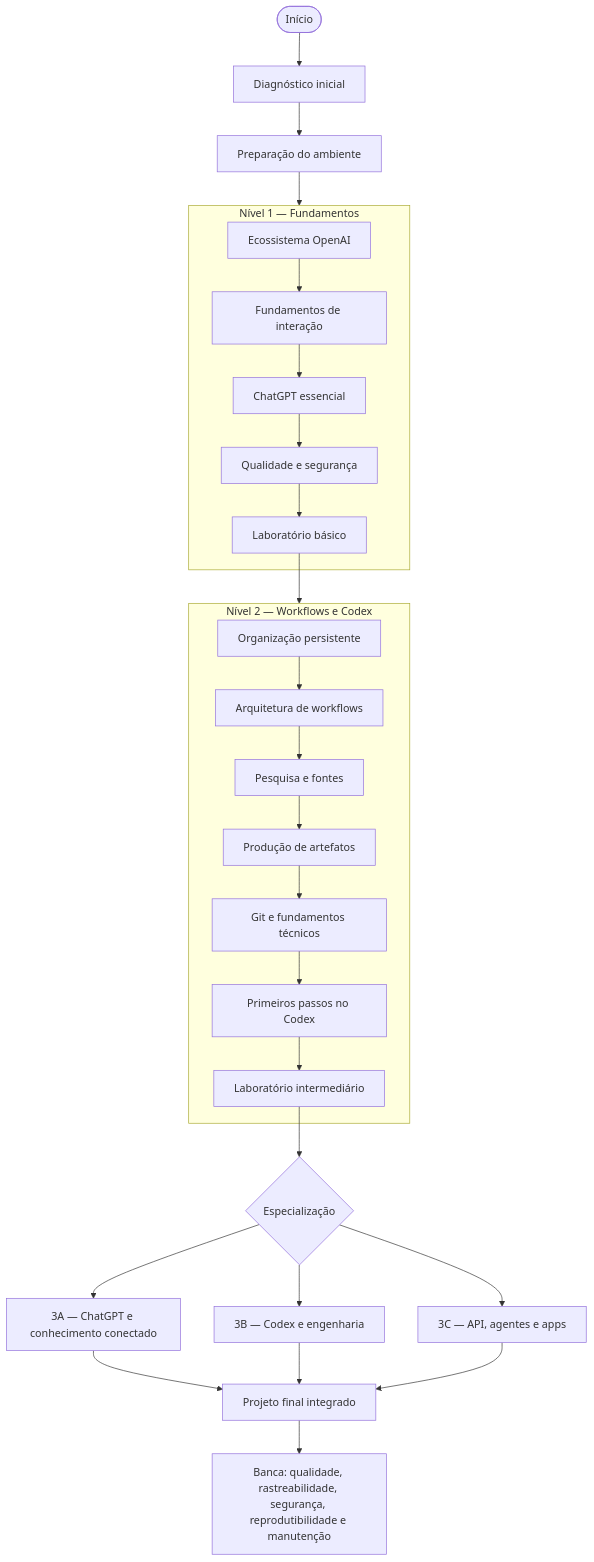
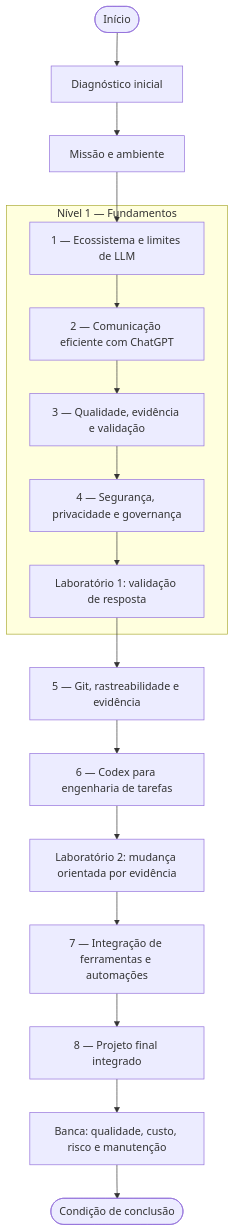
One commit to junior-aguiar-eng/ChatGPT-Codex-Do-Basico-ao-Ancado changed the diagram in docs/mapa-do-curso.mmd. Above: the diagram before and after it, drawn with Mermaid. The commit also changed 17 other files, not shown here.

First line of the commit message:
feat(curso): iniciar estrutura interativa e módulo 1

```diff
--- a/docs/mapa-do-curso.mmd
+++ b/docs/mapa-do-curso.mmd
@@ -1,32 +1,22 @@
-%% Mapa editorial resumido — escopo consolidado em 04-08-2026.
-%% Recursos variam por plano, workspace, sistema operacional, região e permissões.
+%% Mapa modular do curso — Progressão do básico ao avançado
+%% Cada módulo ativa o próximo e não repete escopo.
 flowchart TB
     START([Início]) --> DIAG[Diagnóstico inicial]
-    DIAG --> SETUP[Preparação do ambiente]
-    SETUP --> BASIC
+    DIAG --> M0[Missão e ambiente]
+    M0 --> M1[1 — Ecossistema e limites de LLM]
 
-    subgraph BASIC[Nível 1 — Fundamentos]
-      B1[Ecossistema OpenAI] --> B2[Fundamentos de interação]
-      B2 --> B3[ChatGPT essencial]
-      B3 --> B4[Qualidade e segurança]
-      B4 --> LB[Laboratório básico]
+    subgraph Fase1 [Nível 1 — Fundamentos]
+      M1 --> M2[2 — Comunicação eficiente com ChatGPT]
+      M2 --> M3[3 — Qualidade, evidência e validação]
+      M3 --> M4[4 — Segurança, privacidade e governança]
+      M4 --> LAB1[Laboratório 1: validação de resposta]
     end
 
-    LB --> INTER
-    subgraph INTER[Nível 2 — Workflows e Codex]
-      I1[Organização persistente] --> I2[Arquitetura de workflows]
-      I2 --> I3[Pesquisa e fontes]
-      I3 --> I4[Produção de artefatos]
-      I4 --> I5[Git e fundamentos técnicos]
-      I5 --> I6[Primeiros passos no Codex]
-      I6 --> LI[Laboratório intermediário]
-    end
+    LAB1 --> M5[5 — Git, rastreabilidade e evidência]
+    M5 --> M6[6 — Codex para engenharia de tarefas]
+    M6 --> LAB2[Laboratório 2: mudança orientada por evidência]
 
-    LI --> TRACKS{Especialização}
-    TRACKS --> A[3A — ChatGPT e conhecimento conectado]
-    TRACKS --> C[3B — Codex e engenharia]
-    TRACKS --> P[3C — API, agentes e apps]
-    A --> FINAL[Projeto final integrado]
-    C --> FINAL
-    P --> FINAL
-    FINAL --> REVIEW[Banca: qualidade, rastreabilidade, segurança, reprodutibilidade e manutenção]
+    LAB2 --> M7[7 — Integração de ferramentas e automações]
+    M7 --> M8[8 — Projeto final integrado]
+    M8 --> REVIEW[Banca: qualidade, custo, risco e manutenção]
+    REVIEW --> END([Condição de conclusão])
```
